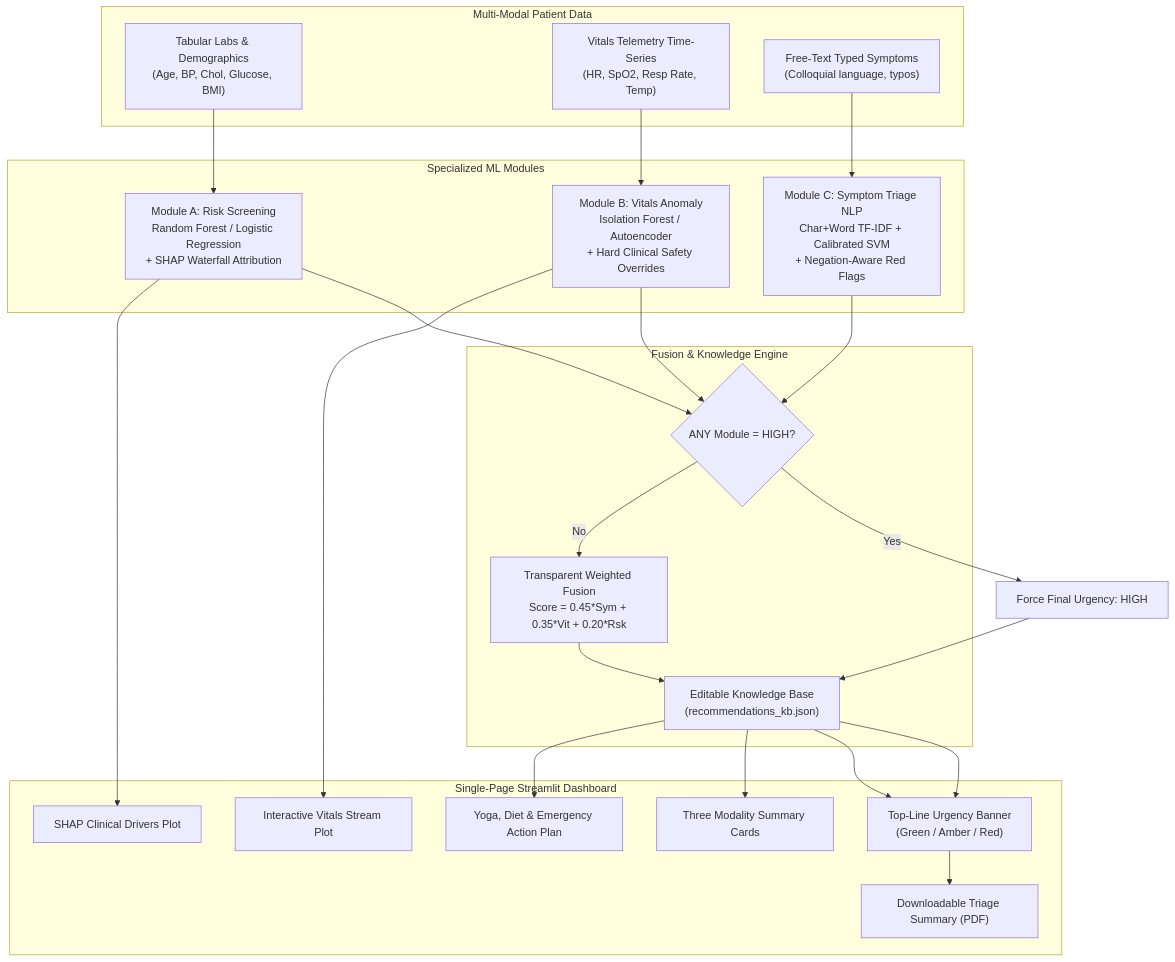
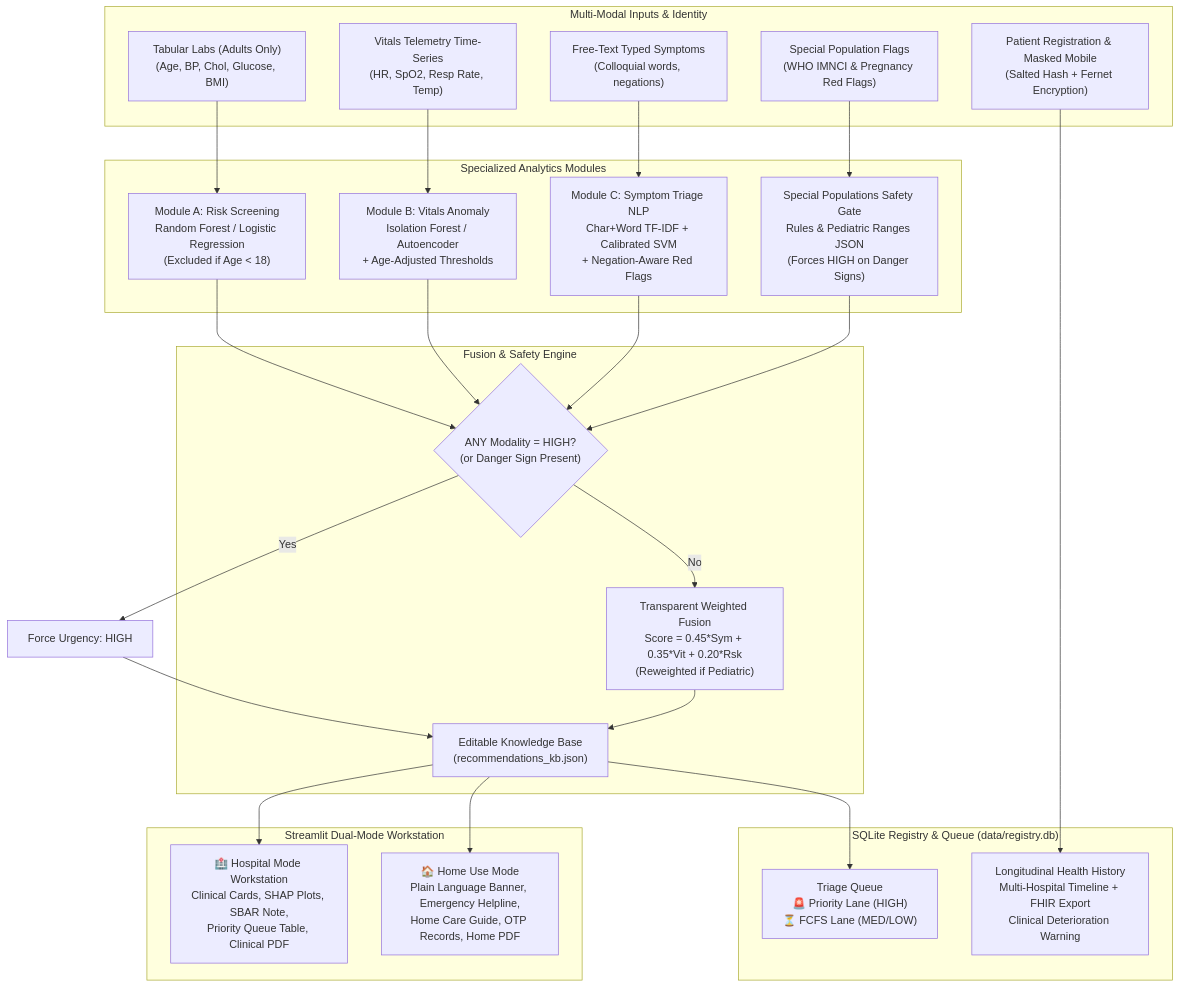
One commit to shlokparmar-code/triage-dashboard changed the diagram in README.md. Above: the diagram before and after it, drawn with Mermaid. The commit also changed other lines of this file and 18 other files, not shown here.

````diff
--- a/README.md
+++ b/README.md
@@ -25,48 +75,54 @@
 ```mermaid
 flowchart TD
-    subgraph INPUTS["Multi-Modal Patient Data"]
-        A_In["Tabular Labs & Demographics<br/>(Age, BP, Chol, Glucose, BMI)"]
+    subgraph INPUTS["Multi-Modal Inputs & Identity"]
+        P_ID["Patient Registration & Masked Mobile<br/>(Salted Hash + Fernet Encryption)"]
+        A_In["Tabular Labs (Adults Only)<br/>(Age, BP, Chol, Glucose, BMI)"]
         B_In["Vitals Telemetry Time-Series<br/>(HR, SpO2, Resp Rate, Temp)"]
-        C_In["Free-Text Typed Symptoms<br/>(Colloquial language, typos)"]
+        C_In["Free-Text Typed Symptoms<br/>(Colloquial words, negations)"]
+        S_In["Special Population Flags<br/>(WHO IMNCI & Pregnancy Red Flags)"]
     end
 
-    subgraph MODELS["Specialized ML Modules"]
-        ModA["Module A: Risk Screening<br/>Random Forest / Logistic Regression<br/>+ SHAP Waterfall Attribution"]
-        ModB["Module B: Vitals Anomaly<br/>Isolation Forest / Autoencoder<br/>+ Hard Clinical Safety Overrides"]
+    subgraph MODELS["Specialized Analytics Modules"]
+        ModA["Module A: Risk Screening<br/>Random Forest / Logistic Regression<br/>(Excluded if Age < 18)"]
+        ModB["Module B: Vitals Anomaly<br/>Isolation Forest / Autoencoder<br/>+ Age-Adjusted Thresholds"]
         ModC["Module C: Symptom Triage NLP<br/>Char+Word TF-IDF + Calibrated SVM<br/>+ Negation-Aware Red Flags"]
+        ModS["Special Populations Safety Gate<br/>Rules & Pediatric Ranges JSON<br/>(Forces HIGH on Danger Signs)"]
     end
 
-    subgraph FUSION_LAYER["Fusion & Knowledge Engine"]
-        Gate{"ANY Module = HIGH?"}
-        WeightCalc["Transparent Weighted Fusion<br/>Score = 0.45*Sym + 0.35*Vit + 0.20*Rsk"]
+    subgraph FUSION_LAYER["Fusion & Safety Engine"]
+        SafetyGate{"ANY Modality = HIGH?<br/>(or Danger Sign Present)"}
+        WeightCalc["Transparent Weighted Fusion<br/>Score = 0.45*Sym + 0.35*Vit + 0.20*Rsk<br/>(Reweighted if Pediatric)"]
         KB["Editable Knowledge Base<br/>(recommendations_kb.json)"]
     end
 
-    subgraph OUTPUT_UI["Single-Page Streamlit Dashboard"]
-        Banner["Top-Line Urgency Banner<br/>(Green / Amber / Red)"]
-        Cards["Three Modality Summary Cards"]
-        TelemetryPlot["Interactive Vitals Stream Plot"]
-        SHAPPlot["SHAP Clinical Drivers Plot"]
-        RecsPanel["Yoga, Diet & Emergency Action Plan"]
-        PDFExport["Downloadable Triage Summary (PDF)"]
+    subgraph PERSISTENCE["SQLite Registry & Queue (data/registry.db)"]
+        QueueDB["Triage Queue<br/>🚨 Priority Lane (HIGH)<br/>⏳ FCFS Lane (MED/LOW)"]
+        RegDB["Longitudinal Health History<br/>Multi-Hospital Timeline + FHIR Export<br/>Clinical Deterioration Warning"]
+    end
+
+    subgraph INTERFACE["Streamlit Dual-Mode Workstation"]
+        HospView["🏥 Hospital Mode Workstation<br/>Clinical Cards, SHAP Plots, SBAR Note,<br/>Priority Queue Table, Clinical PDF"]
+        HomeView["🏠 Home Use Mode<br/>Plain Language Banner, Emergency Helpline,<br/>Home Care Guide, OTP Records, Home PDF"]
     end
 
     A_In --> ModA
     B_In --> ModB
     C_In --> ModC
+    S_In --> ModS
 
-    ModA --> Gate
-    ModB --> Gate
-    ModC --> Gate
+    ModA --> SafetyGate
+    ModB --> SafetyGate
+    ModC --> SafetyGate
+    ModS --> SafetyGate
 
-    Gate -- Yes --> HighUrgency["Force Final Urgency: HIGH"]
-    Gate -- No --> WeightCalc
+    SafetyGate -- Yes --> ForceHigh["Force Urgency: HIGH"]
+    SafetyGate -- No --> WeightCalc
 
-    HighUrgency --> KB --> Banner
-    WeightCalc --> KB --> Banner
-    KB --> Cards
-    KB --> RecsPanel
-    ModB --> TelemetryPlot
-    ModA --> SHAPPlot
-    Banner --> PDFExport
+    ForceHigh --> KB
+    WeightCalc --> KB
+
+    KB --> HospView
+    KB --> HomeView
+    KB --> QueueDB
+    P_ID --> RegDB
 ```
````
